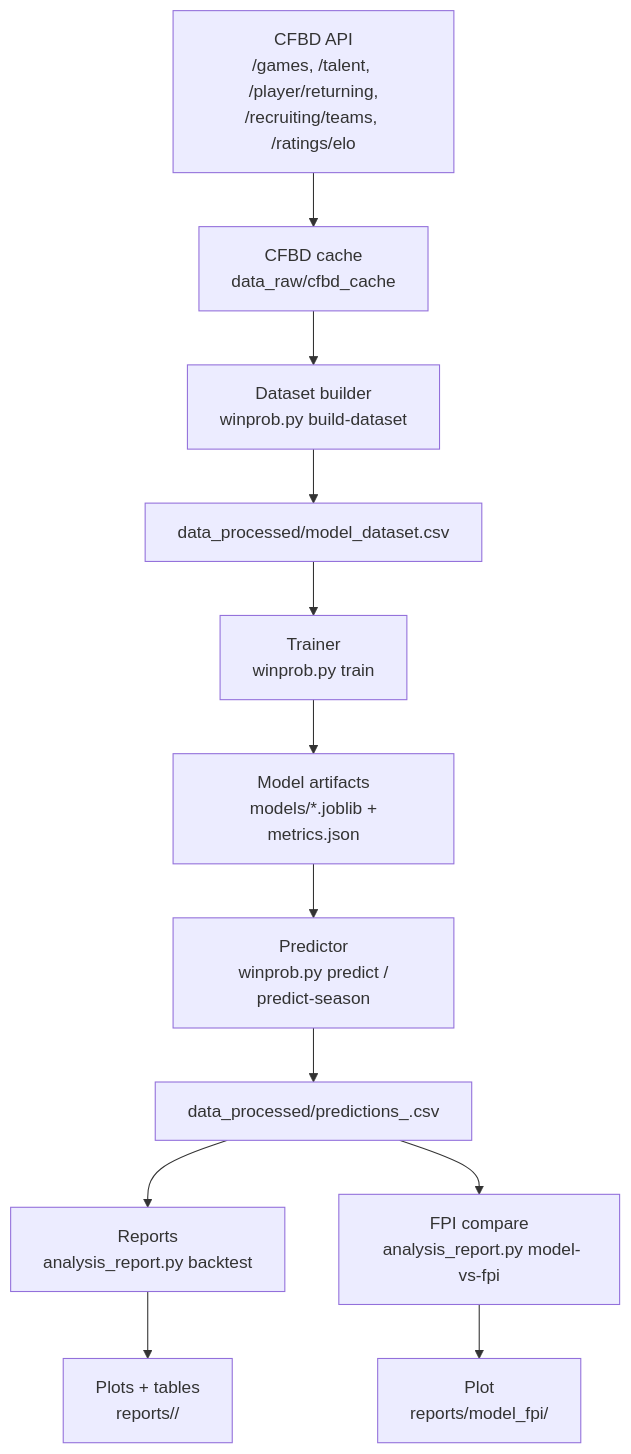
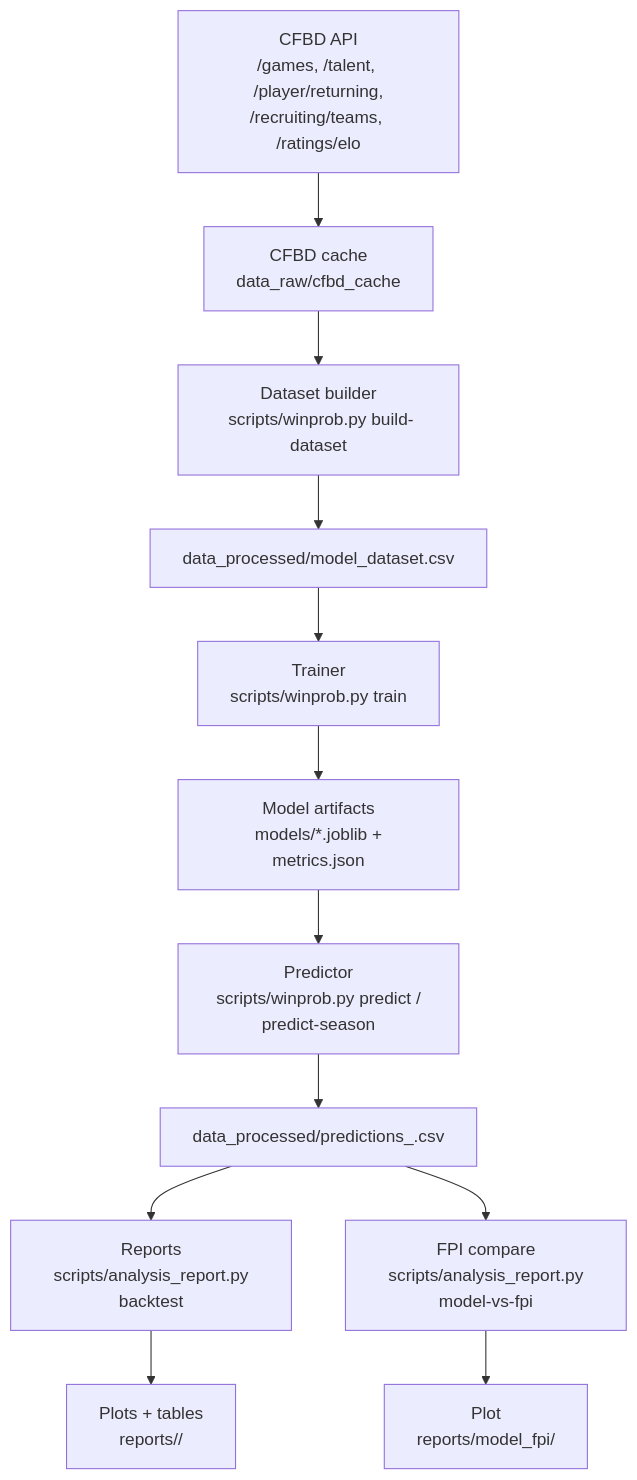
The diagram in README.md (adithatavarty4/GT-Football-Win-Probability-Model), drawn with Mermaid before and after one commit. The commit also changed other lines of this file and 24 other files, not shown here.

````diff
--- a/README.md
+++ b/README.md
@@ -31,14 +32,14 @@
 ```mermaid
 flowchart TD
   A[CFBD API\n/games, /talent, /player/returning,\n/recruiting/teams, /ratings/elo] --> B[CFBD cache\n data_raw/cfbd_cache]
-  B --> C[Dataset builder\n winprob.py build-dataset]
+  B --> C[Dataset builder\n scripts/winprob.py build-dataset]
   C --> D[data_processed/model_dataset.csv]
-  D --> E[Trainer\n winprob.py train]
+  D --> E[Trainer\n scripts/winprob.py train]
   E --> F[Model artifacts\n models/*.joblib + metrics.json]
-  F --> G[Predictor\n winprob.py predict / predict-season]
+  F --> G[Predictor\n scripts/winprob.py predict / predict-season]
   G --> H[data_processed/predictions_<year>.csv]
-  H --> I[Reports\n analysis_report.py backtest]
+  H --> I[Reports\n scripts/analysis_report.py backtest]
   I --> J[Plots + tables\n reports/<year>/]
-  H --> K[FPI compare\n analysis_report.py model-vs-fpi]
+  H --> K[FPI compare\n scripts/analysis_report.py model-vs-fpi]
   K --> L[Plot\n reports/model_fpi/]
 ```
````
